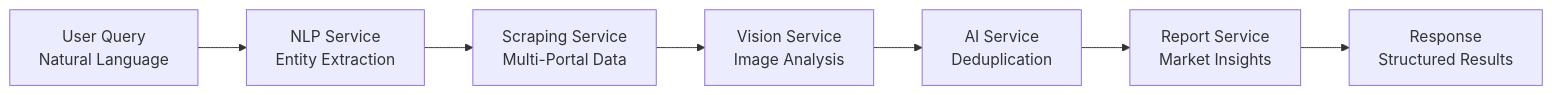
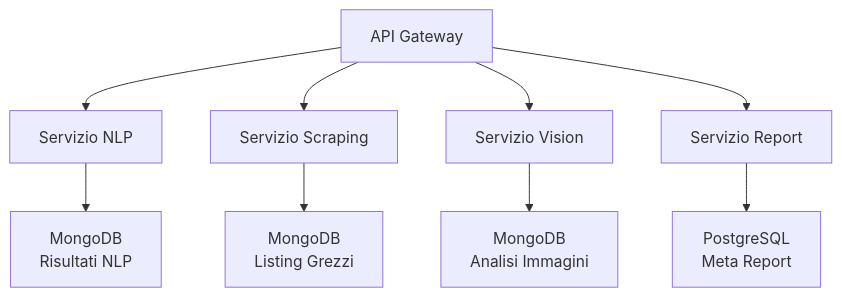
Before and after one commit to Simo46/real-estate-scraper: the third of 3 diagrams in docs/02-architecture-overview.md, drawn with Mermaid. The commit also changed other lines of this file and 3 other files, not shown here.

````diff
--- a/docs/02-architecture-overview.md
+++ b/docs/02-architecture-overview.md
@@ -603,9 +366,12 @@
 ```mermaid
-graph LR
-    A[User Query<br/>Natural Language] --> B[NLP Service<br/>Entity Extraction]
-    B --> C[Scraping Service<br/>Multi-Portal Data]
-    C --> D[Vision Service<br/>Image Analysis]
-    D --> E[AI Service<br/>Deduplication]
-    E --> F[Report Service<br/>Market Insights]
-    F --> G[Response<br/>Structured Results]
+graph TB
+    A[API Gateway] --> B[Servizio NLP]
+    A --> C[Servizio Scraping]
+    A --> D[Servizio Vision]
+    A --> E[Servizio Report]
+    
+    B --> F[MongoDB<br/>Risultati NLP]
+    C --> G[MongoDB<br/>Listing Grezzi]
+    D --> H[MongoDB<br/>Analisi Immagini]
+    E --> I[PostgreSQL<br/>Meta Report]
 ```
````
